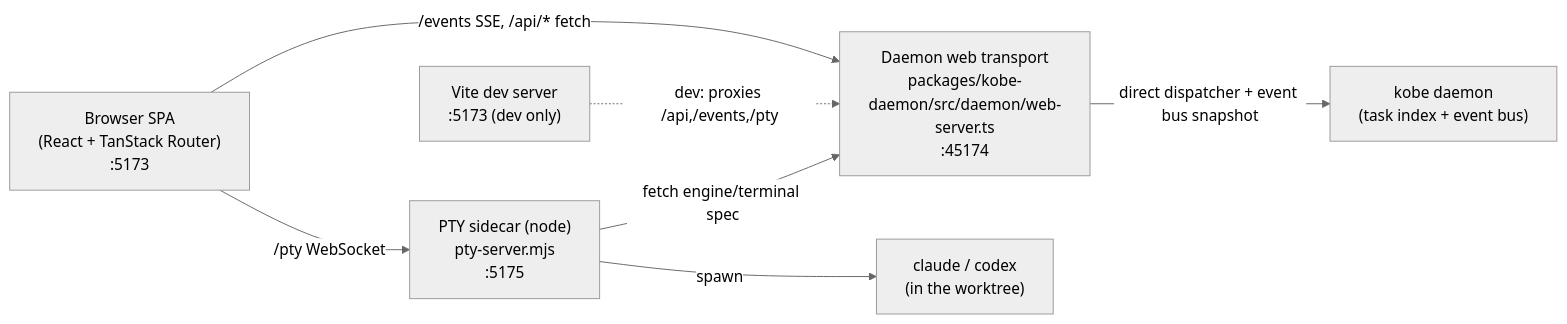
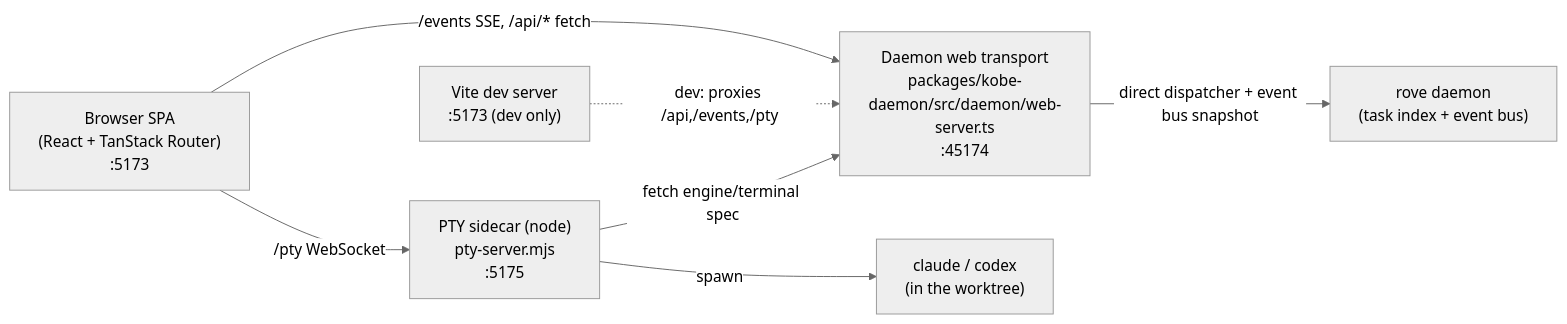
One commit to Sma1lboy/kobe changed the diagram in docs/design/web-dashboard.md. Above: the diagram before and after it, drawn with Mermaid (neutral theme). The commit also changed other lines of this file and 26 other files, not shown here.

````diff
--- a/docs/design/web-dashboard.md
+++ b/docs/design/web-dashboard.md
@@ -17,16 +17,16 @@
 ```mermaid
 flowchart LR
   Browser["Browser SPA<br/>(React + TanStack Router)<br/>:5173"]
   Vite["Vite dev server<br/>:5173 (dev only)"]
   Web["Daemon web transport<br/>packages/kobe-daemon/src/daemon/web-server.ts<br/>:45174"]
   PTY["PTY sidecar (node)<br/>pty-server.mjs<br/>:5175"]
-  Daemon["kobe daemon<br/>(task index + event bus)"]
+  Daemon["rove daemon<br/>(task index + event bus)"]
   Engine["claude / codex<br/>(in the worktree)"]
 
   Browser -->|"/events SSE, /api/* fetch"| Web
   Browser -->|"/pty WebSocket"| PTY
   Vite -.->|"dev: proxies /api,/events,/pty"| Web
   Web -->|"direct dispatcher + event bus snapshot"| Daemon
   PTY -->|"fetch engine/terminal spec"| Web
   PTY -->|"spawn"| Engine
 ```
````
